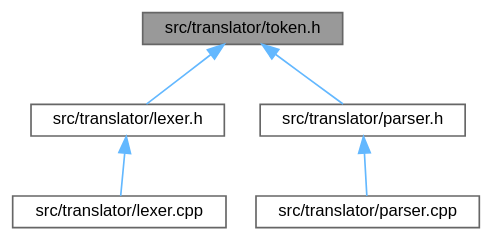
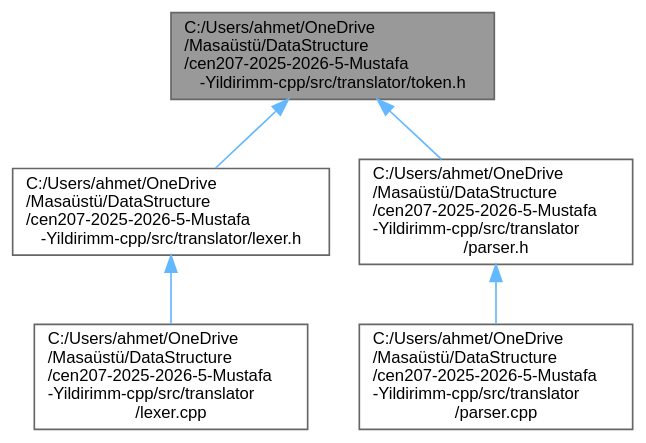
The diagram in docs/doxygenlibwin/rtf/token_8h__dep__incl.dot (mustafayldrnn/cen207-2025-2026-5-Mustafa-Yildirimm-cpp), drawn with Graphviz before and after one commit. The commit also changed 1110 other files, not shown here.

```diff
--- a/docs/doxygenlibwin/rtf/token_8h__dep__incl.dot
+++ b/docs/doxygenlibwin/rtf/token_8h__dep__incl.dot
@@ -1,17 +1,17 @@
-digraph "src/translator/token.h"
+digraph "C:/Users/ahmet/OneDrive/Masaüstü/DataStructure/cen207-2025-2026-5-Mustafa-Yildirimm-cpp/src/translator/token.h"
 {
  // INTERACTIVE_SVG=YES
  // LATEX_PDF_SIZE
   bgcolor="transparent";
   edge [fontname=Helvetica,fontsize=10,labelfontname=Helvetica,labelfontsize=10];
   node [fontname=Helvetica,fontsize=10,shape=box,height=0.2,width=0.4];
-  Node1 [id="Node000001",label="src/translator/token.h",height=0.2,width=0.4,color="gray40", fillcolor="grey60", style="filled", fontcolor="black",tooltip="Leksik belirteç türleri ve veri yapısı"];
+  Node1 [id="Node000001",label="C:/Users/ahmet/OneDrive\l/Masaüstü/DataStructure\l/cen207-2025-2026-5-Mustafa\l-Yildirimm-cpp/src/translator/token.h",height=0.2,width=0.4,color="gray40", fillcolor="grey60", style="filled", fontcolor="black",tooltip="Leksik belirteç türleri ve veri yapısı"];
   Node1 -> Node2 [id="edge9_Node000001_Node000002",dir="back",color="steelblue1",style="solid",tooltip=" "];
-  Node2 [id="Node000002",label="src/translator/lexer.h",height=0.2,width=0.4,color="grey40", fillcolor="white", style="filled",URL="$lexer_8h.html",tooltip="BASIC benzeri dil için leksik analizci arabirimi."];
+  Node2 [id="Node000002",label="C:/Users/ahmet/OneDrive\l/Masaüstü/DataStructure\l/cen207-2025-2026-5-Mustafa\l-Yildirimm-cpp/src/translator/lexer.h",height=0.2,width=0.4,color="grey40", fillcolor="white", style="filled",URL="$lexer_8h.html",tooltip="BASIC benzeri dil için leksik analizci arabirimi."];
   Node2 -> Node3 [id="edge10_Node000002_Node000003",dir="back",color="steelblue1",style="solid",tooltip=" "];
-  Node3 [id="Node000003",label="src/translator/lexer.cpp",height=0.2,width=0.4,color="grey40", fillcolor="white", style="filled",URL="$lexer_8cpp.html",tooltip="Lexer uygulaması: girdi kaynağını Token listesine dönüştürür."];
+  Node3 [id="Node000003",label="C:/Users/ahmet/OneDrive\l/Masaüstü/DataStructure\l/cen207-2025-2026-5-Mustafa\l-Yildirimm-cpp/src/translator\l/lexer.cpp",height=0.2,width=0.4,color="grey40", fillcolor="white", style="filled",URL="$lexer_8cpp.html",tooltip="Lexer uygulaması: girdi kaynağını Token listesine dönüştürür."];
   Node1 -> Node4 [id="edge11_Node000001_Node000004",dir="back",color="steelblue1",style="solid",tooltip=" "];
-  Node4 [id="Node000004",label="src/translator/parser.h",height=0.2,width=0.4,color="grey40", fillcolor="white", style="filled",URL="$parser_8h.html",tooltip="Leksik belirteçlerden AST üreten sözdizim analizcisi."];
+  Node4 [id="Node000004",label="C:/Users/ahmet/OneDrive\l/Masaüstü/DataStructure\l/cen207-2025-2026-5-Mustafa\l-Yildirimm-cpp/src/translator\l/parser.h",height=0.2,width=0.4,color="grey40", fillcolor="white", style="filled",URL="$parser_8h.html",tooltip="Leksik belirteçlerden AST üreten sözdizim analizcisi."];
   Node4 -> Node5 [id="edge12_Node000004_Node000005",dir="back",color="steelblue1",style="solid",tooltip=" "];
-  Node5 [id="Node000005",label="src/translator/parser.cpp",height=0.2,width=0.4,color="grey40", fillcolor="white", style="filled",URL="$parser_8cpp.html",tooltip="Parser uygulaması: Token dizisinden AST üretir."];
+  Node5 [id="Node000005",label="C:/Users/ahmet/OneDrive\l/Masaüstü/DataStructure\l/cen207-2025-2026-5-Mustafa\l-Yildirimm-cpp/src/translator\l/parser.cpp",height=0.2,width=0.4,color="grey40", fillcolor="white", style="filled",URL="$parser_8cpp.html",tooltip="Parser uygulaması: Token dizisinden AST üretir."];
 }
```
